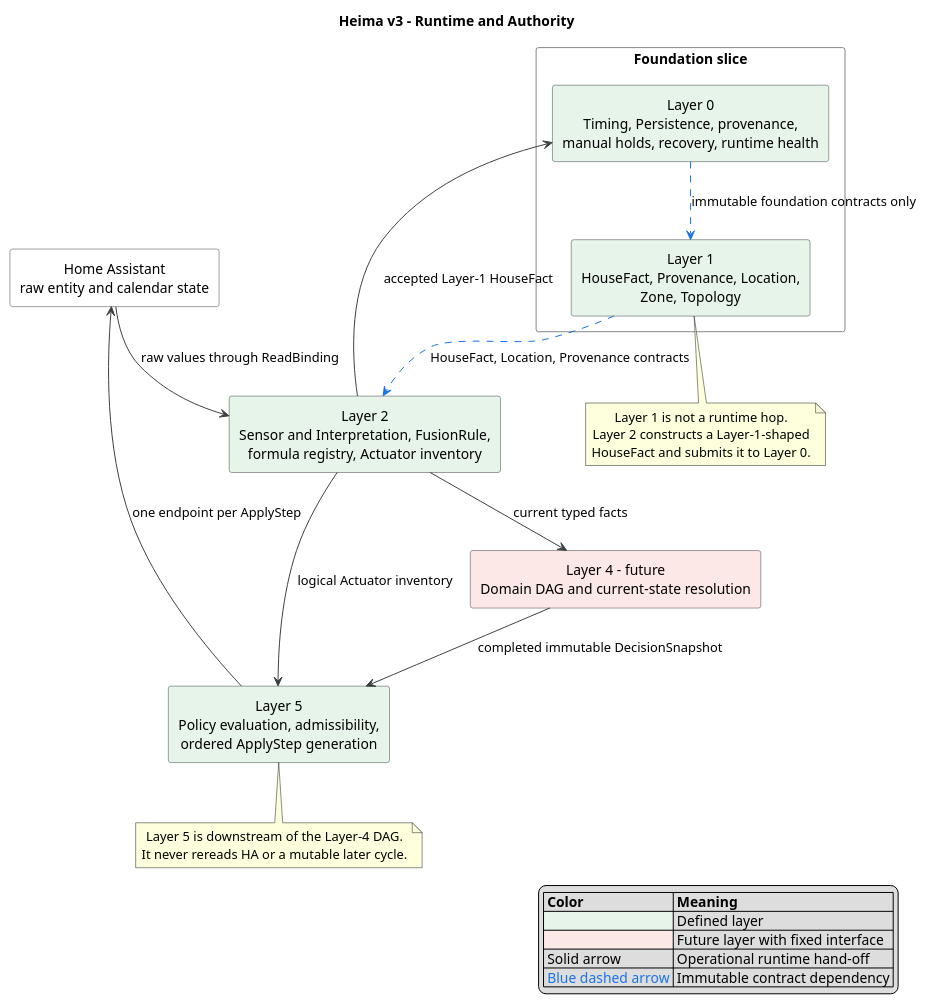
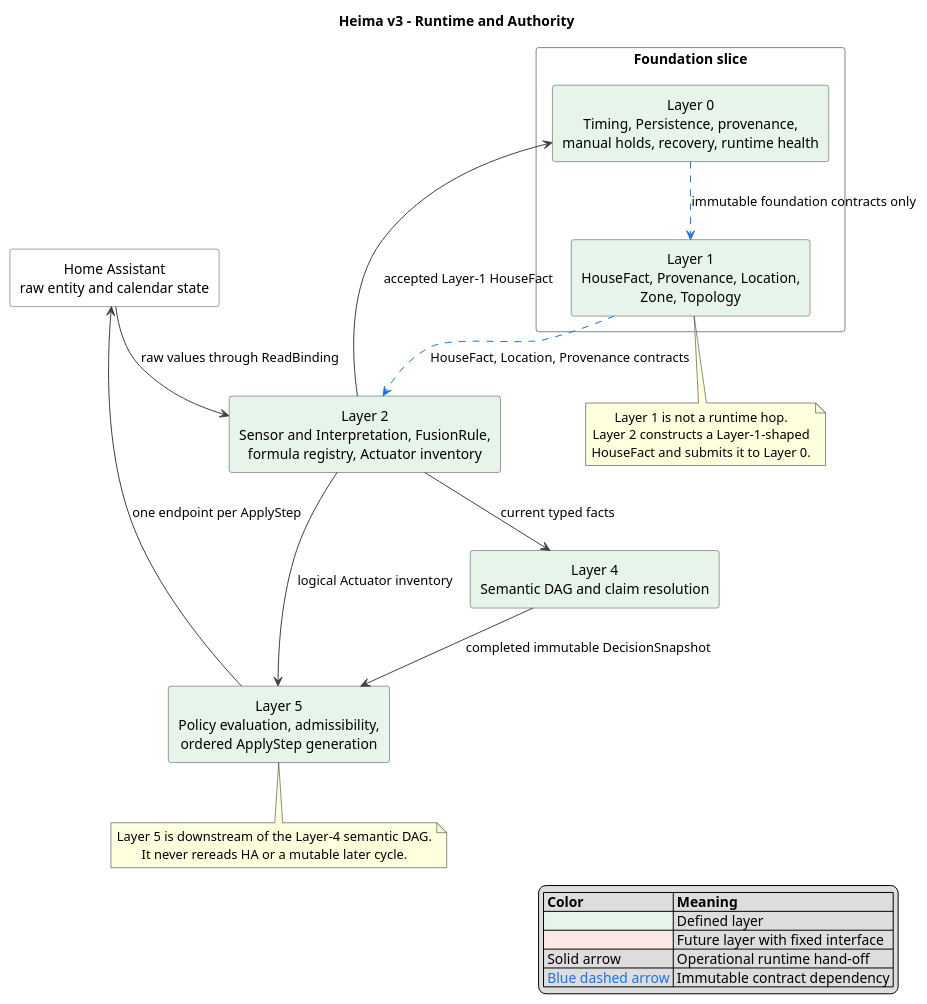
Before and after one commit to heima-labs/ha-heima-core: the diagram in docs/specs/v3/architecture_runtime_authority.puml, drawn with PlantUML. The commit also changed 11 other files, not shown here.

```diff
--- a/docs/specs/v3/architecture_runtime_authority.puml
+++ b/docs/specs/v3/architecture_runtime_authority.puml
@@ -1,52 +1,52 @@
 @startuml
 title Heima v3 - Runtime and Authority
 top to bottom direction
 
 skinparam shadowing false
 skinparam componentStyle rectangle
 skinparam packageStyle rectangle
 skinparam defaultTextAlignment center
 skinparam ArrowColor #3C4043
 skinparam componentBorderColor #3C4043
 skinparam packageBorderColor #80868B
 
 component "Home Assistant\nraw entity and calendar state" as HA #FFFFFF
 
 package "Foundation slice" {
   component "Layer 0\nTiming, Persistence, provenance,\nmanual holds, recovery, runtime health" as L0 #E6F4EA
   component "Layer 1\nHouseFact, Provenance, Location,\nZone, Topology" as L1 #E6F4EA
 }
 
 component "Layer 2\nSensor and Interpretation, FusionRule,\nformula registry, Actuator inventory" as L2 #E6F4EA
-component "Layer 4 - future\nDomain DAG and current-state resolution" as L4 #FCE8E6
+component "Layer 4\nSemantic DAG and claim resolution" as L4 #E6F4EA
 component "Layer 5\nPolicy evaluation, admissibility,\nordered ApplyStep generation" as L5 #E6F4EA
 
 HA --> L2 : raw values through ReadBinding
 L2 --> L0 : accepted Layer-1 HouseFact
 L2 --> L4 : current typed facts
 L2 --> L5 : logical Actuator inventory
 L4 --> L5 : completed immutable DecisionSnapshot
 L5 --> HA : one endpoint per ApplyStep
 
 L0 -[#1A73E8,dashed]-> L1 : immutable foundation contracts only
 L1 -[#1A73E8,dashed]-> L2 : HouseFact, Location, Provenance contracts
 
 note bottom of L1
   Layer 1 is not a runtime hop.
   Layer 2 constructs a Layer-1-shaped
   HouseFact and submits it to Layer 0.
 end note
 
 note bottom of L5
-  Layer 5 is downstream of the Layer-4 DAG.
+  Layer 5 is downstream of the Layer-4 semantic DAG.
   It never rereads HA or a mutable later cycle.
 end note
 
 legend right
   |= Color |= Meaning |
   |<#E6F4EA> | Defined layer |
   |<#FCE8E6> | Future layer with fixed interface |
   | Solid arrow | Operational runtime hand-off |
   | <color:#1A73E8>Blue dashed arrow</color> | Immutable contract dependency |
 endlegend
 @enduml
```
